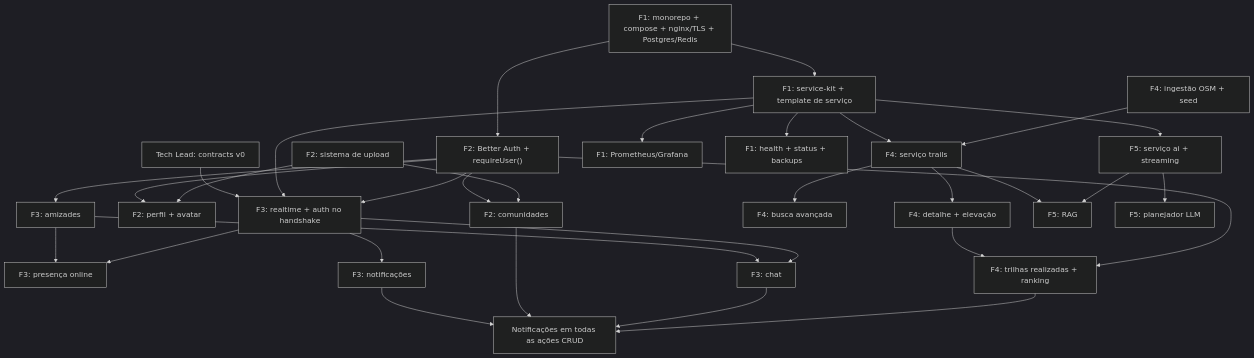
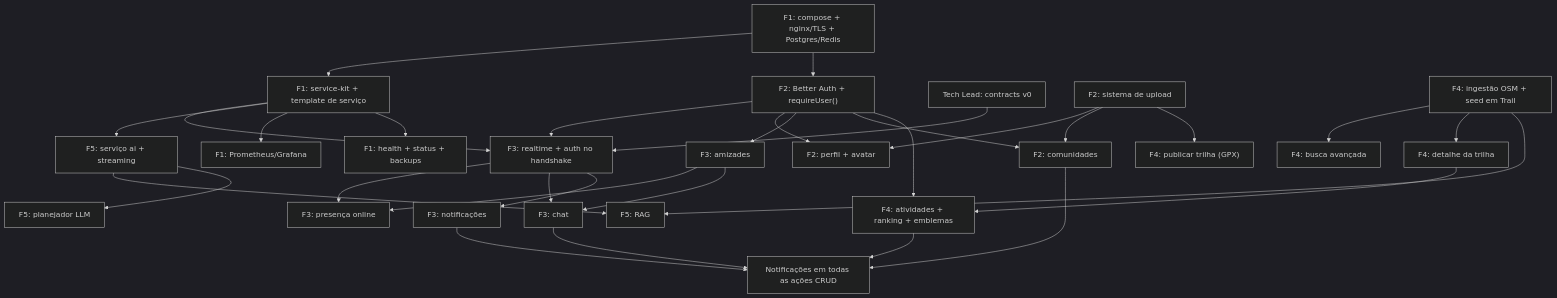
Before and after one commit to eduardo-keller/transcendence_trail_app: the diagram in docs/ROADMAP.md, drawn with Mermaid (dark theme). The commit also changed other lines of this file and 24 other files, not shown here.

````diff
--- a/docs/ROADMAP.md
+++ b/docs/ROADMAP.md
@@ -82,34 +82,33 @@
 ```mermaid
 flowchart TD
-  INFRA["F1: monorepo + compose + nginx/TLS + Postgres/Redis"] --> KIT["F1: service-kit + template de serviço"]
+  INFRA["F1: compose + nginx/TLS + Postgres/Redis"] --> KIT["F1: service-kit + template de serviço"]
   INFRA --> AUTH["F2: Better Auth + requireUser()"]
   CONTR["Tech Lead: contracts v0"] --> RT
   KIT --> RT["F3: realtime + auth no handshake"]
-  KIT --> TRS["F4: serviço trails"]
   KIT --> AIS["F5: serviço ai + streaming"]
   KIT --> MON["F1: Prometheus/Grafana"]
   KIT --> HLT["F1: health + status + backups"]
   AUTH --> RT
   AUTH --> PROF["F2: perfil + avatar"]
   UPL["F2: sistema de upload"] --> PROF
   AUTH --> FRD["F3: amizades"]
   FRD --> PRES["F3: presença online"]
   RT --> PRES
   FRD --> CHAT["F3: chat"]
   RT --> CHAT
   RT --> NOTIF["F3: notificações"]
   AUTH --> COM["F2: comunidades"]
   UPL --> COM
-  OSM["F4: ingestão OSM + seed"] --> TRS
-  TRS --> SRCH["F4: busca avançada"]
-  TRS --> DET["F4: detalhe + elevação"]
-  DET --> COMP["F4: trilhas realizadas + ranking"]
+  OSM["F4: ingestão OSM + seed em Trail"] --> SRCH["F4: busca avançada"]
+  OSM --> DET["F4: detalhe da trilha"]
+  DET --> COMP["F4: atividades + ranking + emblemas"]
   AUTH --> COMP
-  TRS --> RAG["F5: RAG"]
+  UPL --> PUB["F4: publicar trilha (GPX)"]
+  OSM --> RAG["F5: RAG"]
   AIS --> RAG
   AIS --> LLM["F5: planejador LLM"]
   NOTIF --> ALL["Notificações em todas as ações CRUD"]
   COM --> ALL
   CHAT --> ALL
   COMP --> ALL
 ```
````
